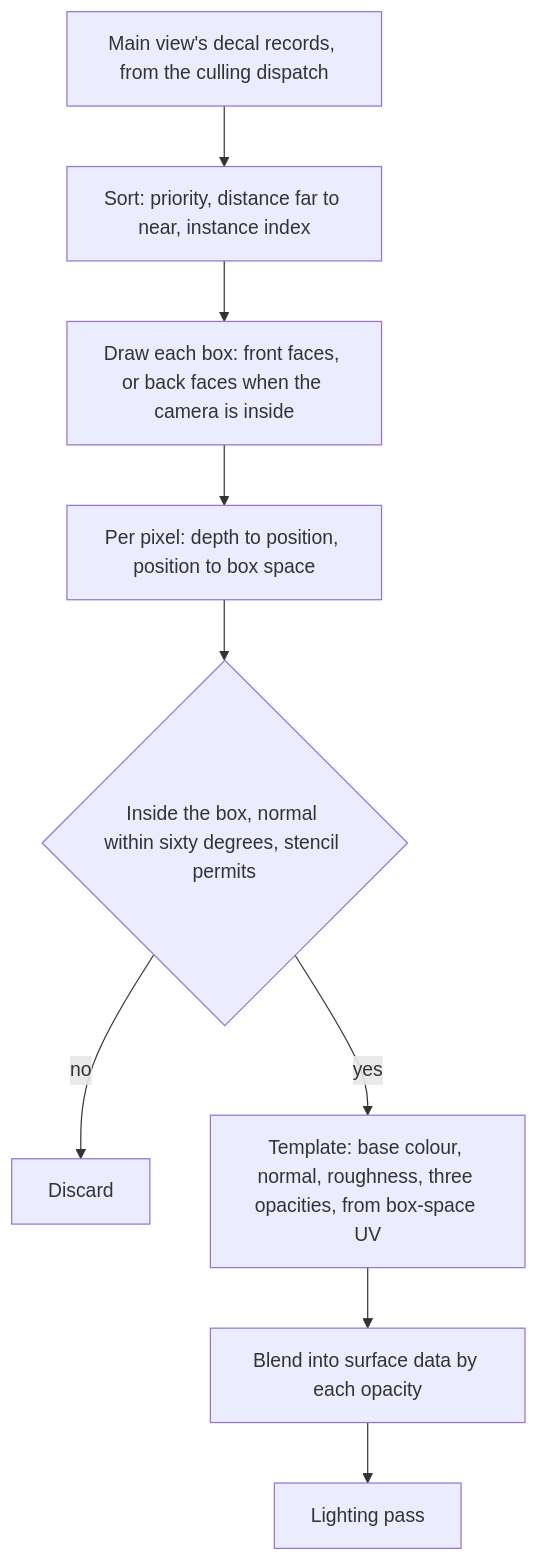
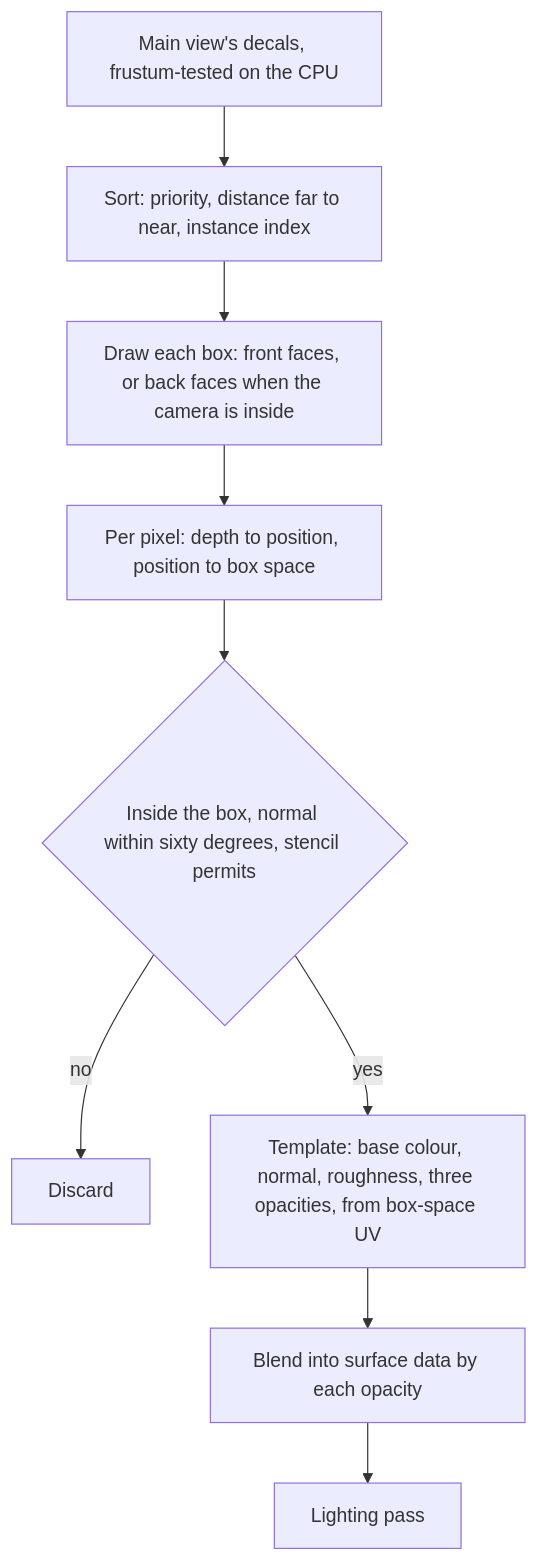
Before and after one commit to plainsight-systems/bullet-witch: the second of 2 diagrams in docs/architecture/decals.md, drawn with Mermaid. The commit also changed other lines of this file and 6 other files, not shown here.

First line of the commit message:
Order blended draws and decals on the CPU and run depth of field before the forward pass

````diff
--- a/docs/architecture/decals.md
+++ b/docs/architecture/decals.md
@@ -67,11 +67,11 @@
 ```mermaid
 flowchart TD
-    R["Main view's decal records, from the culling dispatch"] --> S["Sort: priority, distance far to near, instance index"]
+    R["Main view's decals, frustum-tested on the CPU"] --> S["Sort: priority, distance far to near, instance index"]
     S --> D["Draw each box: front faces, or back faces when the camera is inside"]
     D --> P["Per pixel: depth to position, position to box space"]
     P --> C{"Inside the box, normal within sixty degrees, stencil permits"}
     C -- no --> X["Discard"]
     C -- yes --> T["Template: base colour, normal, roughness, three opacities, from box-space UV"]
     T --> B["Blend into surface data by each opacity"]
     B --> LP["Lighting pass"]
 ```
````
